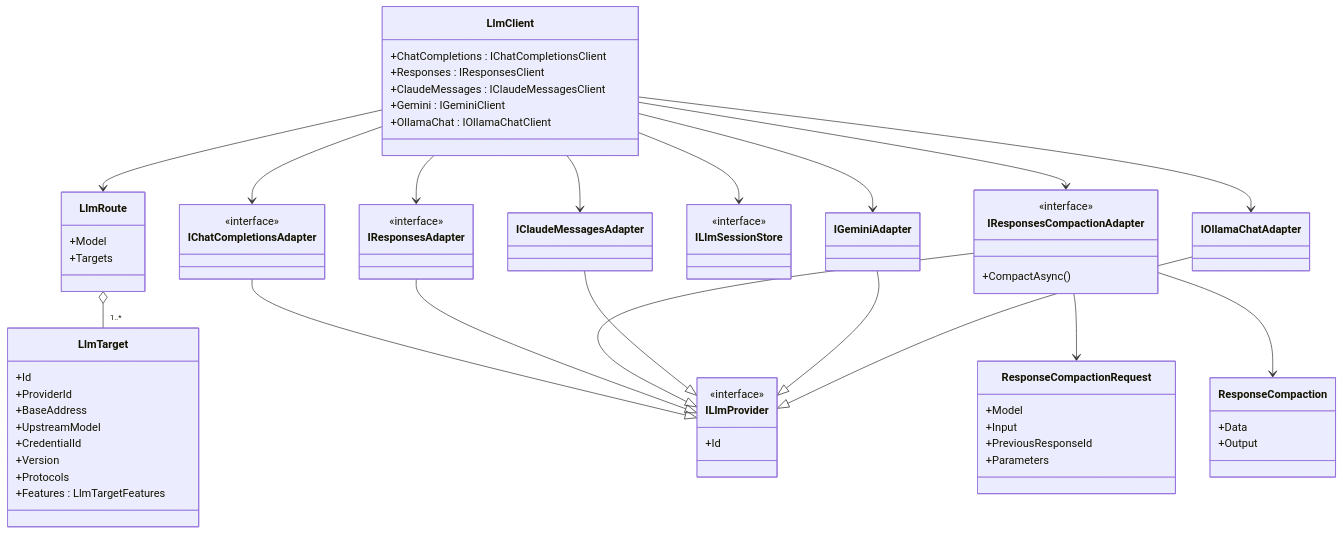
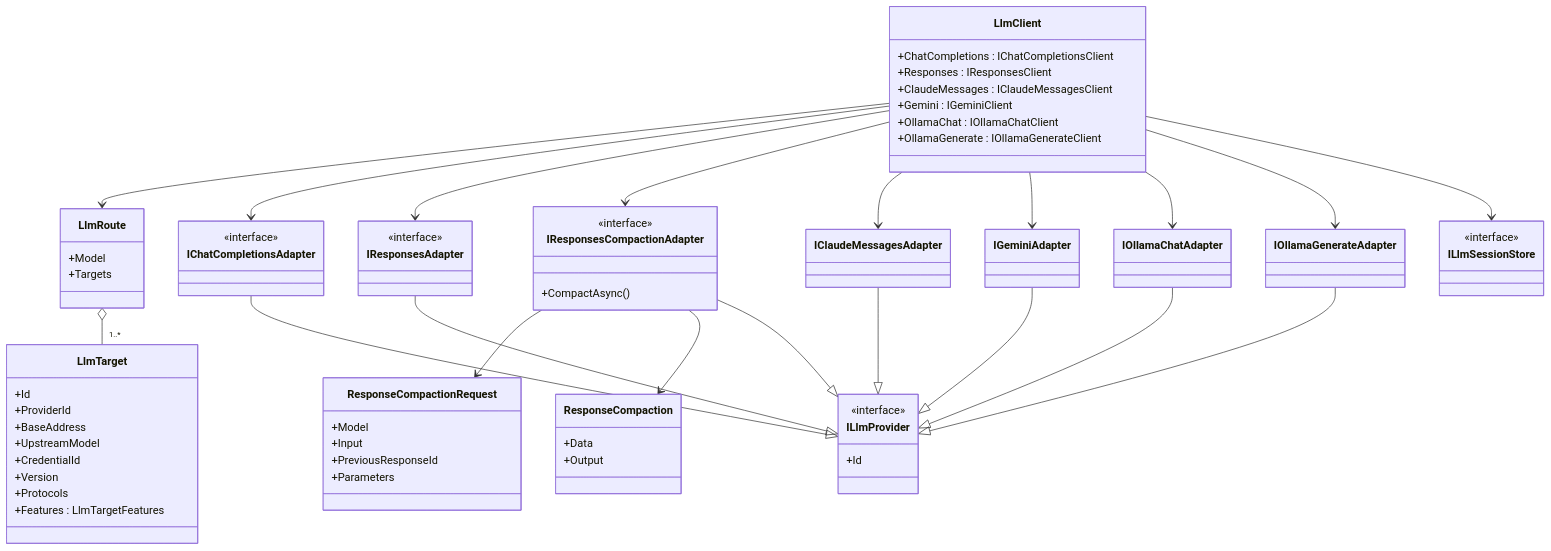
One commit to BenLampson/Asgard.Loki changed the third of 31 diagrams in docs/architecture.md. Above: the diagram before and after it, drawn with Mermaid. The commit also changed other lines of this file and 31 other files, not shown here.

Commit message:
feat(llm): add native Ollama generate with explicit context ownership

````diff
--- a/docs/architecture.md
+++ b/docs/architecture.md
@@ -100,68 +100,71 @@
 ```mermaid
 classDiagram
 class LlmClient {
   +ChatCompletions : IChatCompletionsClient
   +Responses : IResponsesClient
   +ClaudeMessages : IClaudeMessagesClient
   +Gemini : IGeminiClient
   +OllamaChat : IOllamaChatClient
+  +OllamaGenerate : IOllamaGenerateClient
 }
 class LlmRoute {
   +Model
   +Targets
 }
 class LlmTarget {
   +Id
   +ProviderId
   +BaseAddress
   +UpstreamModel
   +CredentialId
   +Version
   +Protocols
   +Features : LlmTargetFeatures
 }
 class ILlmProvider {
   <<interface>>
   +Id
 }
 class IChatCompletionsAdapter {
   <<interface>>
 }
 class IResponsesAdapter {
   <<interface>>
 }
 class IResponsesCompactionAdapter {
   <<interface>>
   +CompactAsync()
 }
 class ResponseCompactionRequest {
   +Model
   +Input
   +PreviousResponseId
   +Parameters
 }
 class ResponseCompaction {
   +Data
   +Output
 }
 class ILlmSessionStore {
   <<interface>>
 }
 LlmClient --> LlmRoute
 LlmRoute o-- "1..*" LlmTarget
 LlmClient --> IChatCompletionsAdapter
 LlmClient --> IResponsesAdapter
 LlmClient --> IResponsesCompactionAdapter
 IResponsesCompactionAdapter --> ResponseCompactionRequest
 IResponsesCompactionAdapter --> ResponseCompaction
 LlmClient --> IClaudeMessagesAdapter
 LlmClient --> IGeminiAdapter
 LlmClient --> IOllamaChatAdapter
+LlmClient --> IOllamaGenerateAdapter
 LlmClient --> ILlmSessionStore
 IChatCompletionsAdapter --|> ILlmProvider
 IResponsesAdapter --|> ILlmProvider
 IResponsesCompactionAdapter --|> ILlmProvider
 IClaudeMessagesAdapter --|> ILlmProvider
 IGeminiAdapter --|> ILlmProvider
 IOllamaChatAdapter --|> ILlmProvider
+IOllamaGenerateAdapter --|> ILlmProvider
 ```
````
